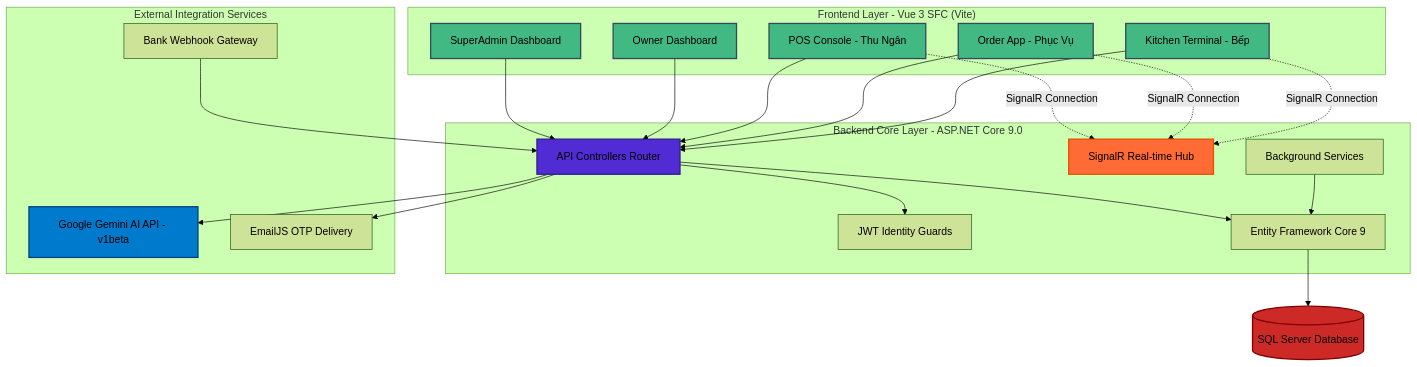
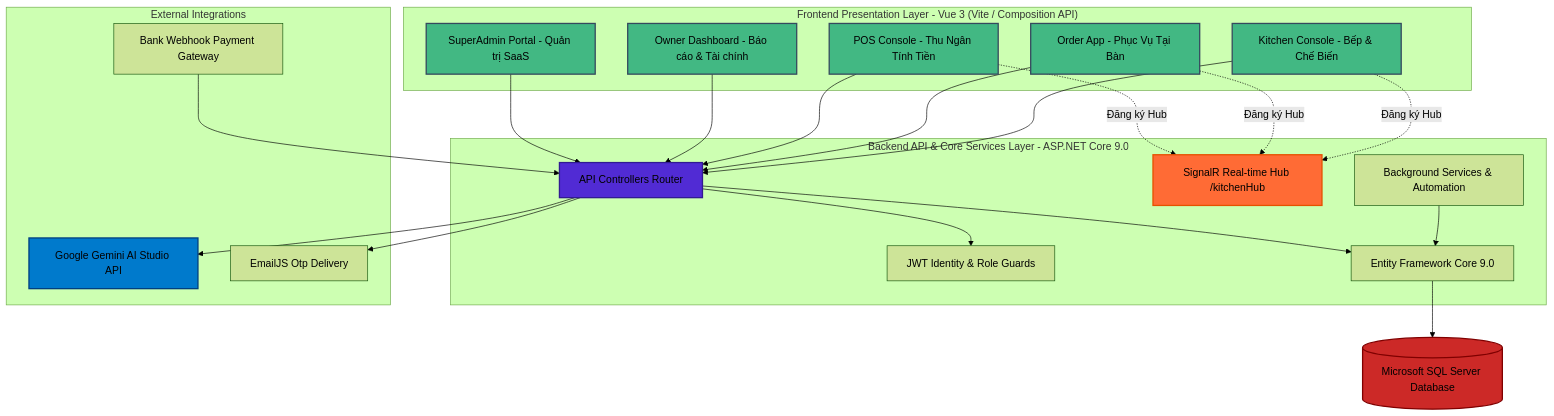
Before and after one commit to Nhanduc2912/POS36: the first of 5 diagrams in README.md, drawn with Mermaid (forest theme). The commit also changed other lines of this file, not shown here.

````diff
--- a/README.md
+++ b/README.md
@@ -125,55 +164,55 @@
 ```mermaid
 graph TB
-    subgraph "Frontend Layer - Vue 3 SFC (Vite)"
-        A[SuperAdmin Dashboard]
-        B[Owner Dashboard]
-        C[POS Console - Thu Ngân]
-        D[Order App - Phục Vụ]
-        E[Kitchen Terminal - Bếp]
+    subgraph "Frontend Presentation Layer - Vue 3 (Vite / Composition API)"
+        A[SuperAdmin Portal - Quản trị SaaS]
+        B[Owner Dashboard - Báo cáo & Tài chính]
+        C[POS Console - Thu Ngân Tính Tiền]
+        D[Order App - Phục Vụ Tại Bàn]
+        E[Kitchen Console - Bếp & Chế Biến]
     end
     
-    subgraph "Backend Core Layer - ASP.NET Core 9.0"
+    subgraph "Backend API & Core Services Layer - ASP.NET Core 9.0"
         F[API Controllers Router]
-        G[SignalR Real-time Hub]
-        H[JWT Identity Guards]
-        I[Entity Framework Core 9]
-        Z[Background Services]
+        G[SignalR Real-time Hub /kitchenHub]
+        H[JWT Identity & Role Guards]
+        I[Entity Framework Core 9.0]
+        Z[Background Services & Automation]
     end
     
-    subgraph "External Integration Services"
-        J[Google Gemini AI API - v1beta]
-        K[EmailJS OTP Delivery]
-        L[Bank Webhook Gateway]
+    subgraph "External Integrations"
+        J[Google Gemini AI Studio API]
+        K[EmailJS Otp Delivery]
+        L[Bank Webhook Payment Gateway]
     end
     
-    M[(SQL Server Database)]
+    M[(Microsoft SQL Server Database)]
     
     A --> F
     B --> F
     C --> F
     D --> F
     E --> F
     
-    C -.SignalR Connection.-> G
-    D -.SignalR Connection.-> G
-    E -.SignalR Connection.-> G
+    C -.Đăng ký Hub.-> G
+    D -.Đăng ký Hub.-> G
+    E -.Đăng ký Hub.-> G
     
     F --> H
     F --> I
     F --> J
     F --> K
     L --> F
     Z --> I
     
     I --> M
     
     style A fill:#42b883,stroke:#35495e,stroke-width:2px
     style B fill:#42b883,stroke:#35495e,stroke-width:2px
     style C fill:#42b883,stroke:#35495e,stroke-width:2px
     style D fill:#42b883,stroke:#35495e,stroke-width:2px
     style E fill:#42b883,stroke:#35495e,stroke-width:2px
     style F fill:#512BD4,stroke:#311b92,stroke-width:2px
     style G fill:#ff6b35,stroke:#e65100,stroke-width:2px
     style M fill:#CC2927,stroke:#800000,stroke-width:2px
     style J fill:#007acc,stroke:#004080,stroke-width:2px
 ```
````
